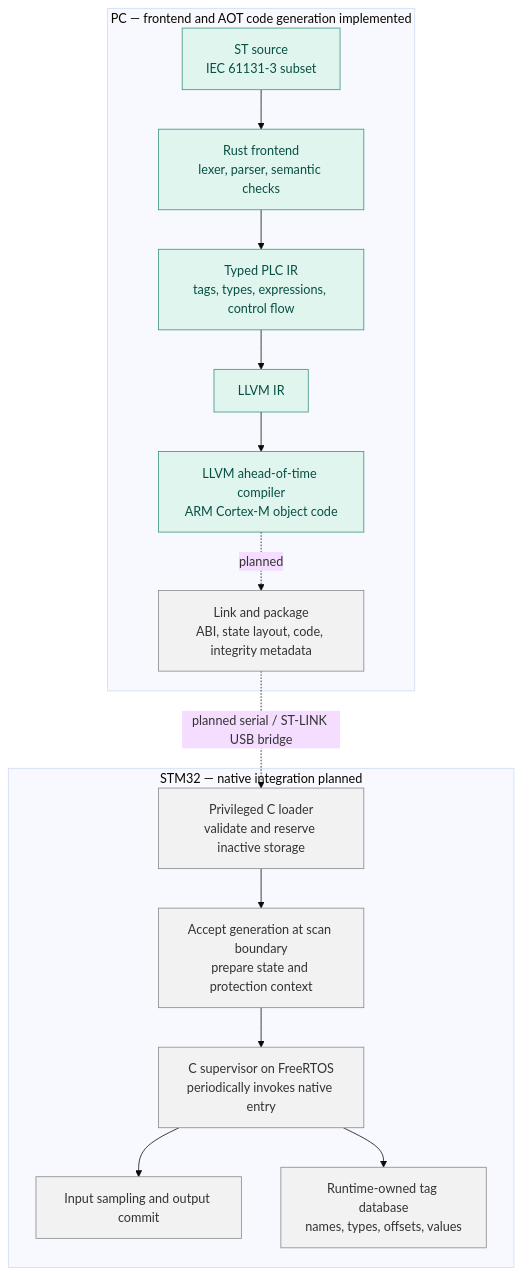
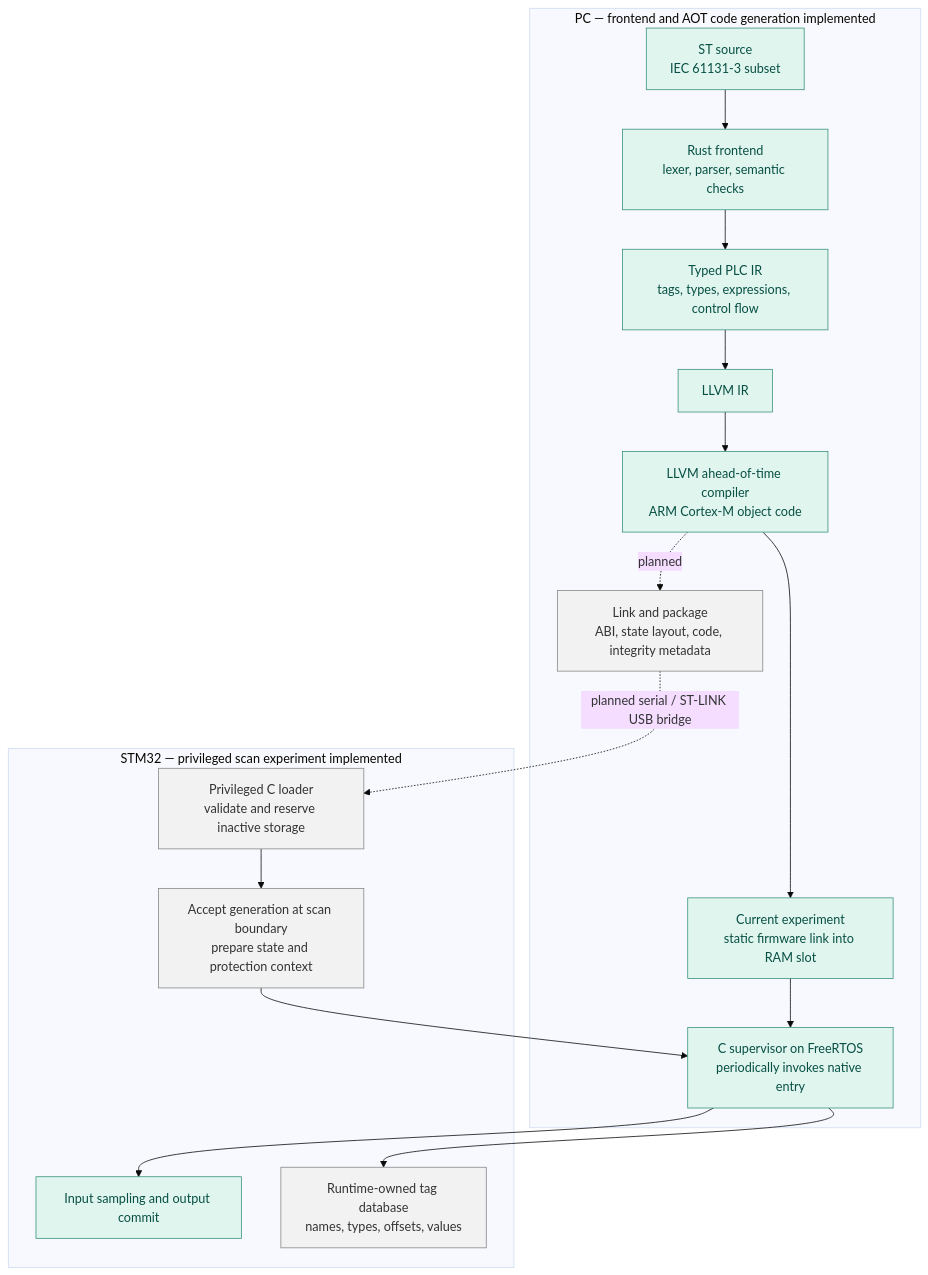
The first of 3 diagrams in README.md (sergiogallegos/tinyplc), drawn with Mermaid (base theme) before and after one commit. The commit also changed other lines of this file and 36 other files, not shown here.

Commit message:
Implement native STM32 scan supervision and verify R2.3–R2.5 on hardware

````diff
--- a/README.md
+++ b/README.md
@@ -53,22 +55,24 @@
 ```mermaid
 flowchart TB
   subgraph PC["PC — frontend and AOT code generation implemented"]
     ST["ST source<br/>IEC 61131-3 subset"] --> Front["Rust frontend<br/>lexer, parser, semantic checks"]
     Front --> IR["Typed PLC IR<br/>tags, types, expressions, control flow"]
     IR --> LLVM["LLVM IR"]
     LLVM --> Object["LLVM ahead-of-time compiler<br/>ARM Cortex-M object code"]
+    Object --> Experiment["Current experiment<br/>static firmware link into RAM slot"]
+    Experiment --> Runtime
     Object -. "planned" .-> Package["Link and package<br/>ABI, state layout, code, integrity metadata"]
   end
   Package -. "planned serial / ST-LINK USB bridge" .-> Loader
-  subgraph Board["STM32 — native integration planned"]
+  subgraph Board["STM32 — privileged scan experiment implemented"]
     Loader["Privileged C loader<br/>validate and reserve inactive storage"]
     Loader --> Activate["Accept generation at scan boundary<br/>prepare state and protection context"]
     Activate --> Runtime["C supervisor on FreeRTOS<br/>periodically invokes native entry"]
     Runtime --> IO["Input sampling and output commit"]
     Runtime --> Tags["Runtime-owned tag database<br/>names, types, offsets, values"]
   end
   classDef implemented fill:#e1f5ef,stroke:#39927d,color:#064f43;
   classDef planned fill:#f2f2f2,stroke:#888,color:#333;
-  class ST,Front,IR,LLVM,Object implemented;
-  class Package,Loader,Activate,Runtime,IO,Tags planned;
+  class ST,Front,IR,LLVM,Object,Experiment,Runtime,IO implemented;
+  class Package,Loader,Activate,Tags planned;
 ```
````
